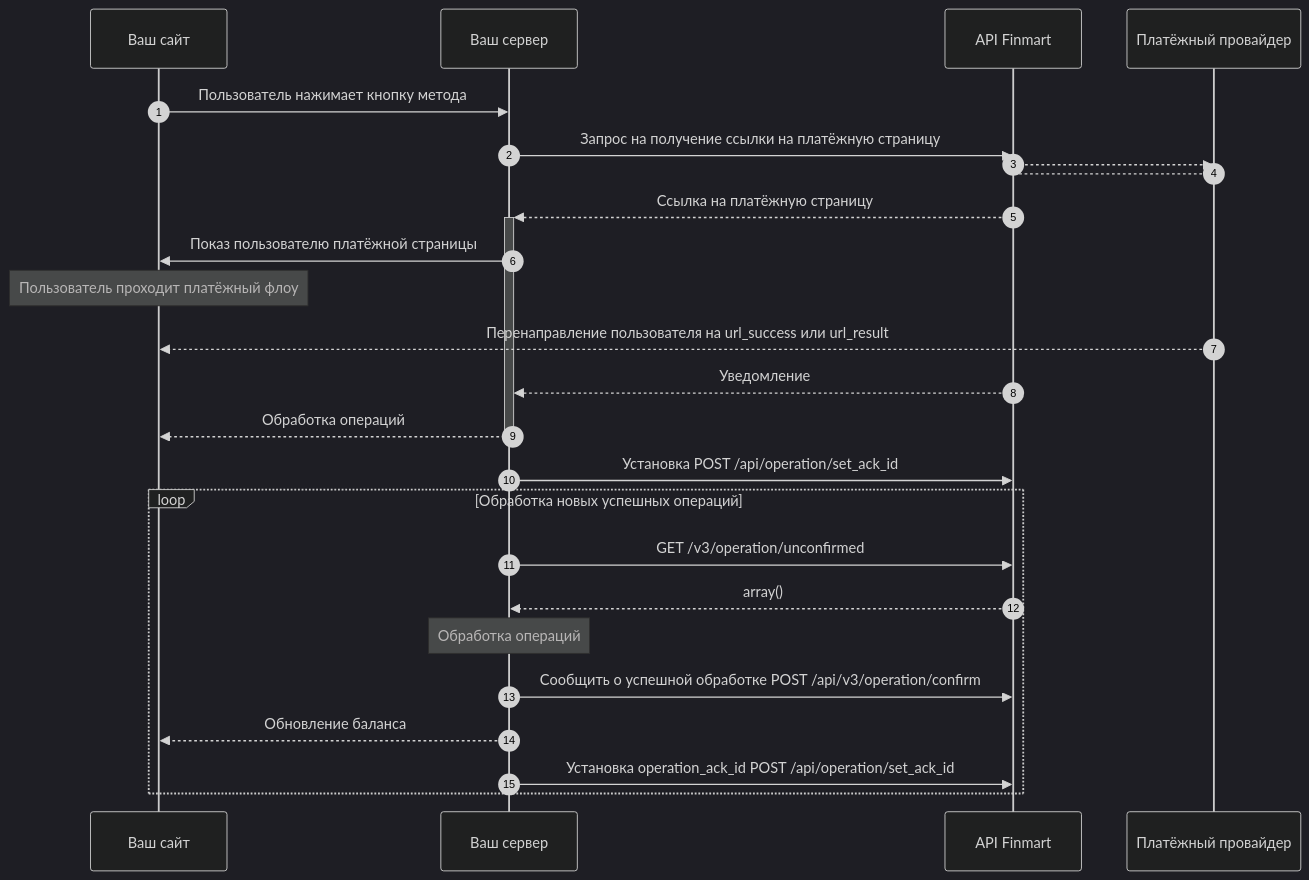
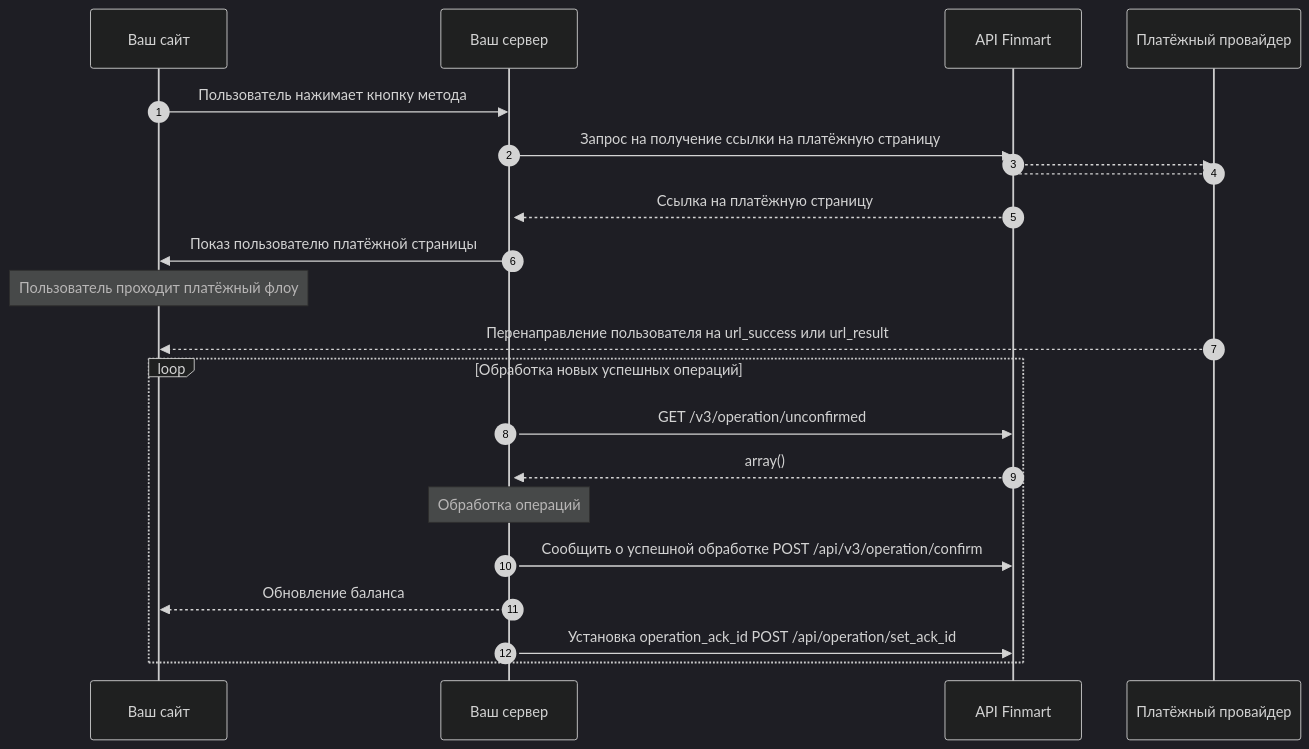
Before and after one commit to sergeyglobo/documentation: the second of 2 diagrams in products/checkout.mdx, drawn with Mermaid (dark theme). The commit also changed other lines of this file, not shown here.

````diff
--- a/products/checkout.mdx
+++ b/products/checkout.mdx
@@ -8,31 +64,29 @@
 ```mermaid
 sequenceDiagram
 autonumber
     participant site as Ваш сайт #lightGreen
     participant server as Ваш сервер
     participant finmart as API Finmart 
     participant	payment as Платёжный провайдер
 
 
 
     site->>server: Пользователь нажимает кнопку метода 
     server->>finmart: Запрос на получение ссылки на платёжную страницу 
     finmart-->>payment: 
     payment-->finmart: 
     finmart-->>+server: Ссылка на платёжную страницу 
     server->>site: Показ пользователю платёжной страницы
     note over site:  Пользователь проходит платёжный флоу
     payment-->>site: Перенаправление пользователя на url_success или url_result
-    finmart-->>server: Уведомление
-    server-->>-site: Обработка операций
-    server->>finmart: Установка POST /api/operation/set_ack_id    
-    loop Обработка новых успешных операций
+   loop Обработка новых успешных операций
 		    server->>finmart: GET /v3/operation/unconfirmed
 		    finmart-->>server: array()
 	     note over server: Обработка операций
 			  server->>finmart: Сообщить о успешной обработке POST /api/v3/operation/confirm
         server -->>site: Обновление баланса
         server->>finmart: Установка operation_ack_id POST /api/operation/set_ack_id    
     end
     
+   
 ```
````
